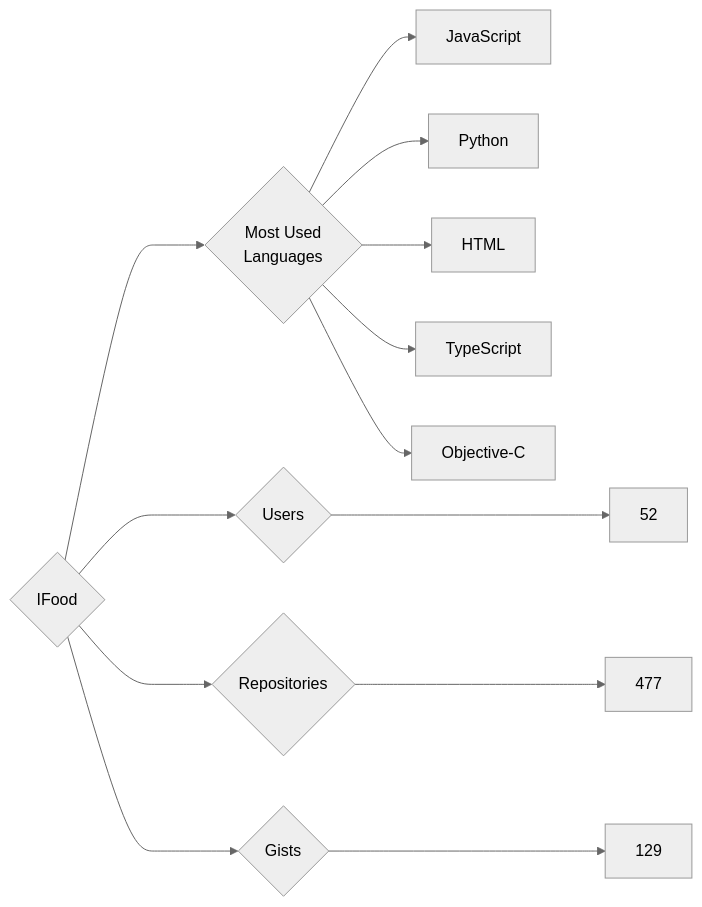
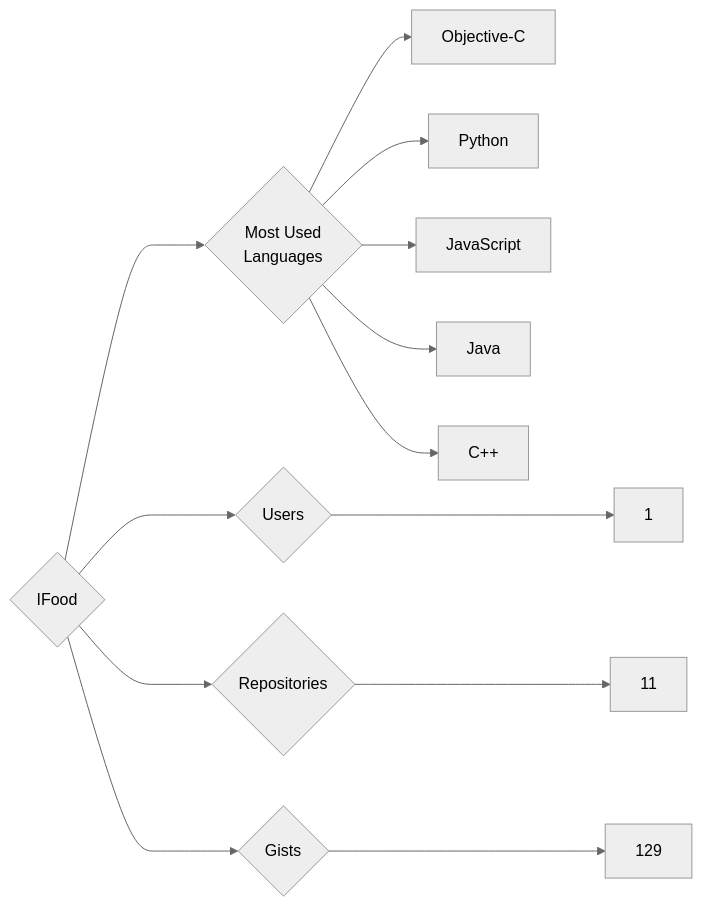
One commit to trickest/insiders changed the diagram in targets/IFood/README.md. Above: the diagram before and after it, drawn with Mermaid (neutral theme). The commit also changed 682 other files, not shown here.

````diff
--- a/targets/IFood/README.md
+++ b/targets/IFood/README.md
@@ -3,13 +3,13 @@
 ```mermaid
 graph LR
 COMPANY_NAME{IFood}
-COMPANY_NAME ---> U{Users} ---> UN[52]
-COMPANY_NAME ---> R{Repositories} ---> RN[477]
+COMPANY_NAME ---> U{Users} ---> UN[1]
+COMPANY_NAME ---> R{Repositories} ---> RN[11]
 COMPANY_NAME ---> G{Gists} ---> GN[129]
 COMPANY_NAME ---> ML{Most Used<br>Languages}
+ML --> Objective-C[Objective-C]
+ML --> Python[Python]
 ML --> JavaScript[JavaScript]
-ML --> Python[Python]
-ML --> HTML[HTML]
-ML --> TypeScript[TypeScript]
-ML --> Objective-C[Objective-C]
+ML --> Java[Java]
+ML --> C++[C++]
 ```
````
